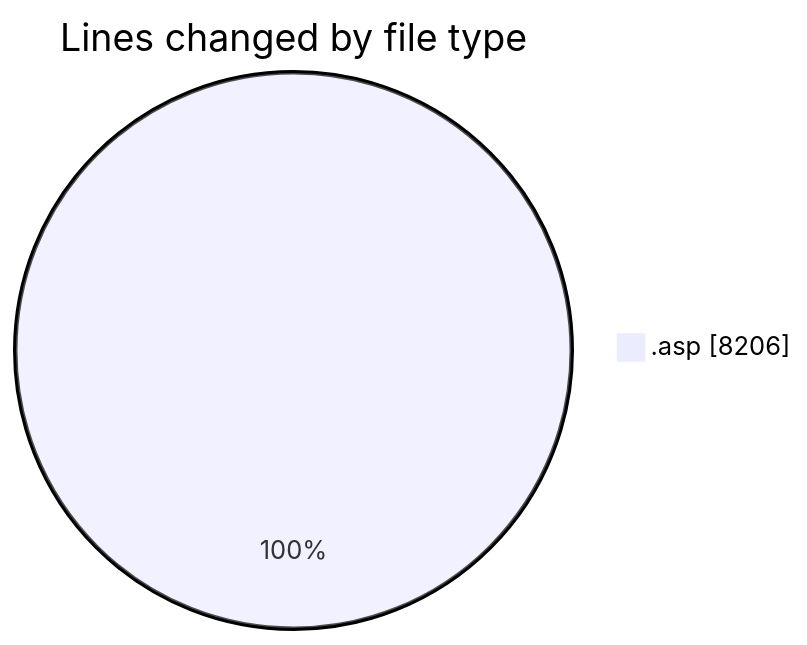
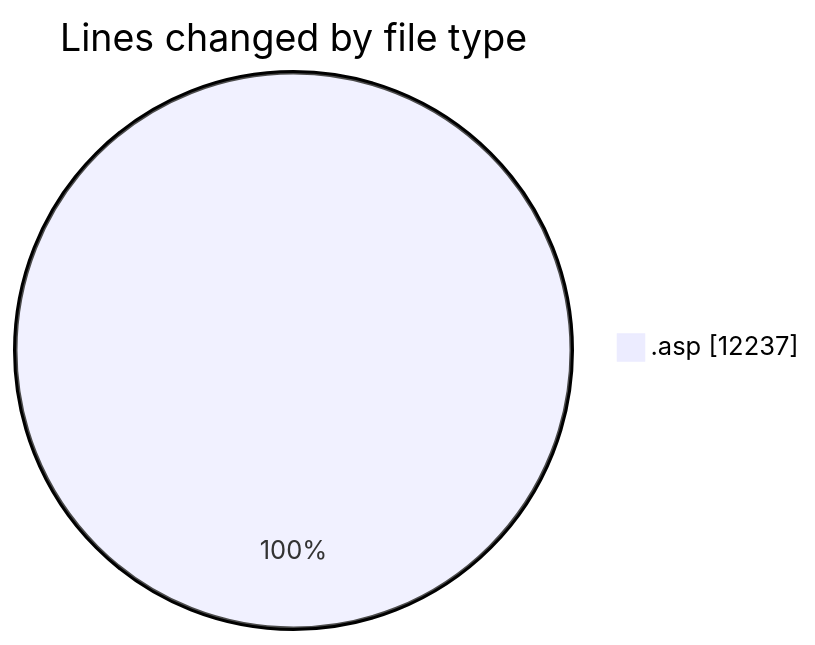
Before and after one commit to julien-gomy/code-tracking: the first of 2 diagrams in 2025-11-28/cdp_aleoudev_fr__workspace_/README.md, drawn with Mermaid. The commit also changed other lines of this file and 1 other file, not shown here.

````diff
--- a/2025-11-28/cdp_aleoudev_fr__workspace_/README.md
+++ b/2025-11-28/cdp_aleoudev_fr__workspace_/README.md
@@ -23,5 +24,5 @@
 ```mermaid
 pie showData
 title Lines changed by file type
-".asp" : 8206
+".asp" : 12237
 ```
````
